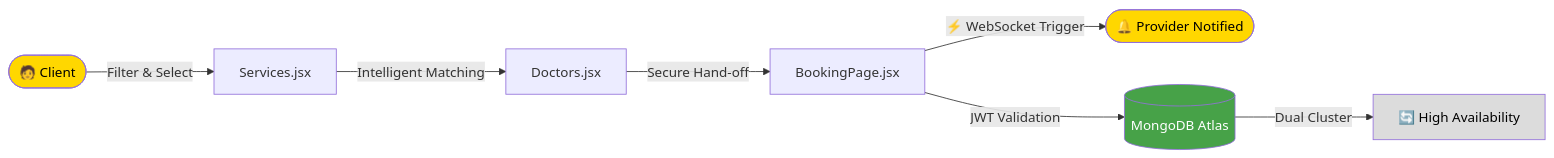
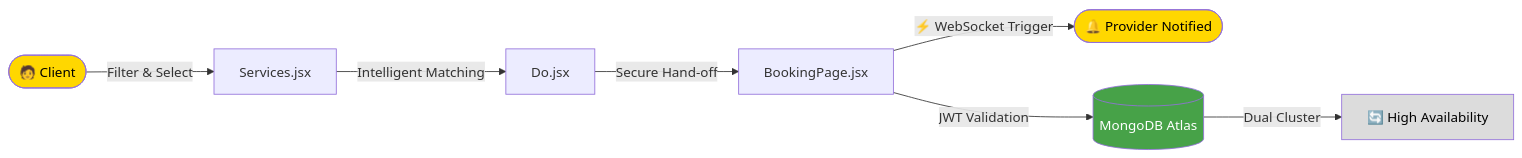
Before and after one commit to NietoDeveloper/SoftwareDT: the first of 2 diagrams in README.md, drawn with Mermaid.

````diff
--- a/README.md
+++ b/README.md
@@ -88,14 +88,14 @@
 ```mermaid
 flowchart LR
     A([🧑 Client]) -->|Filter & Select| B[Services.jsx]
-    B -->|Intelligent Matching| C[Doctors.jsx]
+    B -->|Intelligent Matching| C[Do.jsx]
     C -->|Secure Hand-off| D[BookingPage.jsx]
     D -->|⚡ WebSocket Trigger| E([🔔 Provider Notified])
     D -->|JWT Validation| F[(MongoDB Atlas)]
     F -->|Dual Cluster| G[🔄 High Availability]
 
     style A fill:#FFD700,color:#000
     style E fill:#FFD700,color:#000
     style F fill:#47A248,color:#fff
     style G fill:#DCDCDC,color:#000
 ```
````
